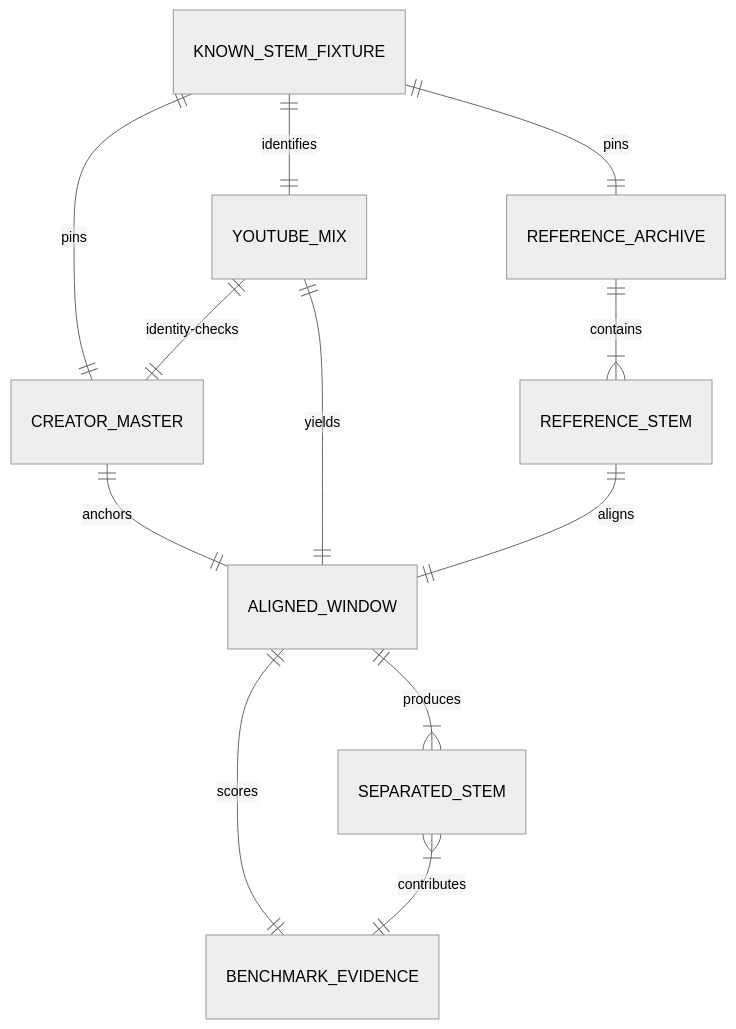
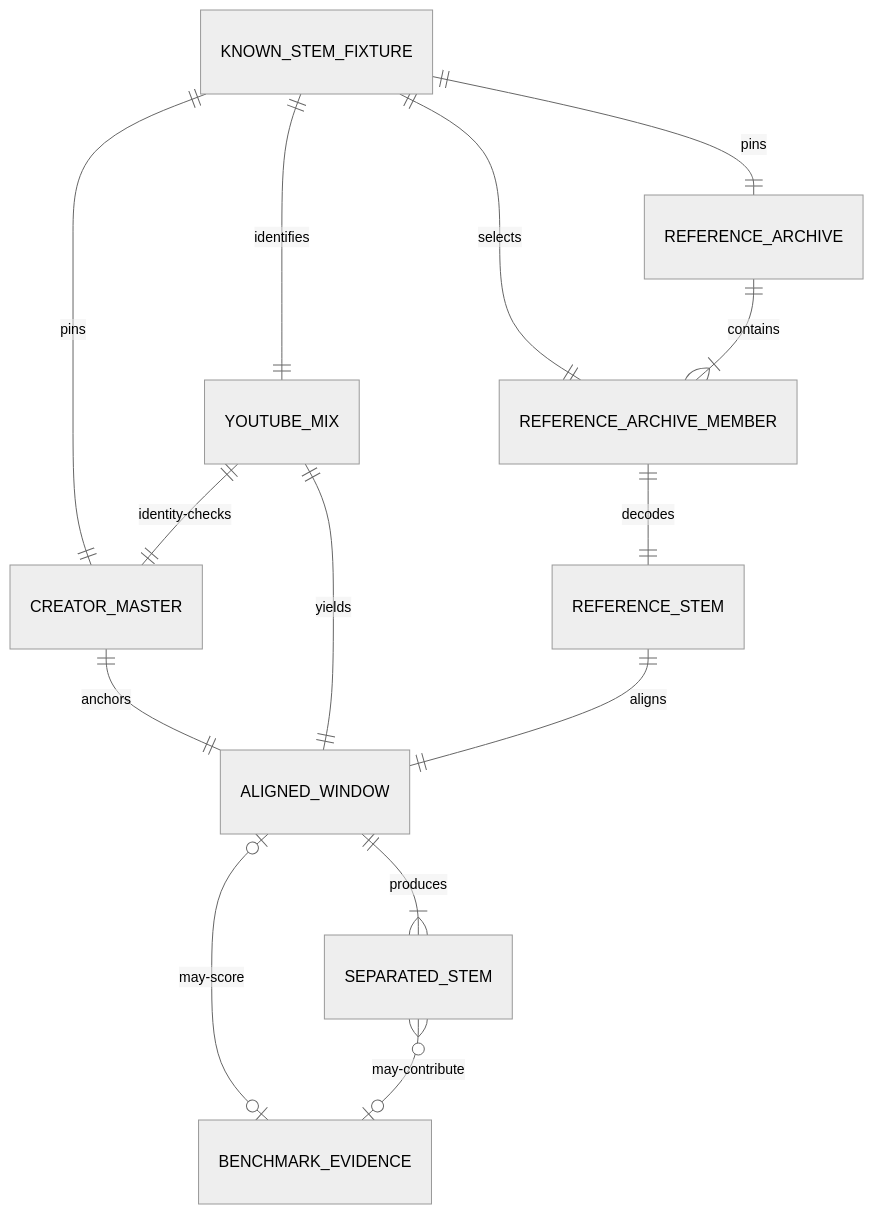
One commit to ContextualWisdomLab/bandscope changed the seventh of 7 diagrams in docs/architecture/diagrams.md. Above: the diagram before and after it, drawn with Mermaid (neutral theme). The commit also changed other lines of this file and 40 other files, not shown here.

Commit message:
fix(separation): complete known-stem review hardening

````diff
--- a/docs/architecture/diagrams.md
+++ b/docs/architecture/diagrams.md
@@ -145,14 +157,16 @@
 ```mermaid
 erDiagram
     KNOWN_STEM_FIXTURE ||--|| REFERENCE_ARCHIVE : pins
+    KNOWN_STEM_FIXTURE ||--|| REFERENCE_ARCHIVE_MEMBER : selects
     KNOWN_STEM_FIXTURE ||--|| CREATOR_MASTER : pins
     KNOWN_STEM_FIXTURE ||--|| YOUTUBE_MIX : identifies
-    REFERENCE_ARCHIVE ||--|{ REFERENCE_STEM : contains
+    REFERENCE_ARCHIVE ||--|{ REFERENCE_ARCHIVE_MEMBER : contains
+    REFERENCE_ARCHIVE_MEMBER ||--|| REFERENCE_STEM : decodes
     YOUTUBE_MIX ||--|| CREATOR_MASTER : identity-checks
     CREATOR_MASTER ||--|| ALIGNED_WINDOW : anchors
     YOUTUBE_MIX ||--|| ALIGNED_WINDOW : yields
     REFERENCE_STEM ||--|| ALIGNED_WINDOW : aligns
     ALIGNED_WINDOW ||--|{ SEPARATED_STEM : produces
-    ALIGNED_WINDOW ||--|| BENCHMARK_EVIDENCE : scores
-    SEPARATED_STEM }|--|| BENCHMARK_EVIDENCE : contributes
+    ALIGNED_WINDOW o|--o| BENCHMARK_EVIDENCE : may-score
+    SEPARATED_STEM }o--o| BENCHMARK_EVIDENCE : may-contribute
 ```
````
